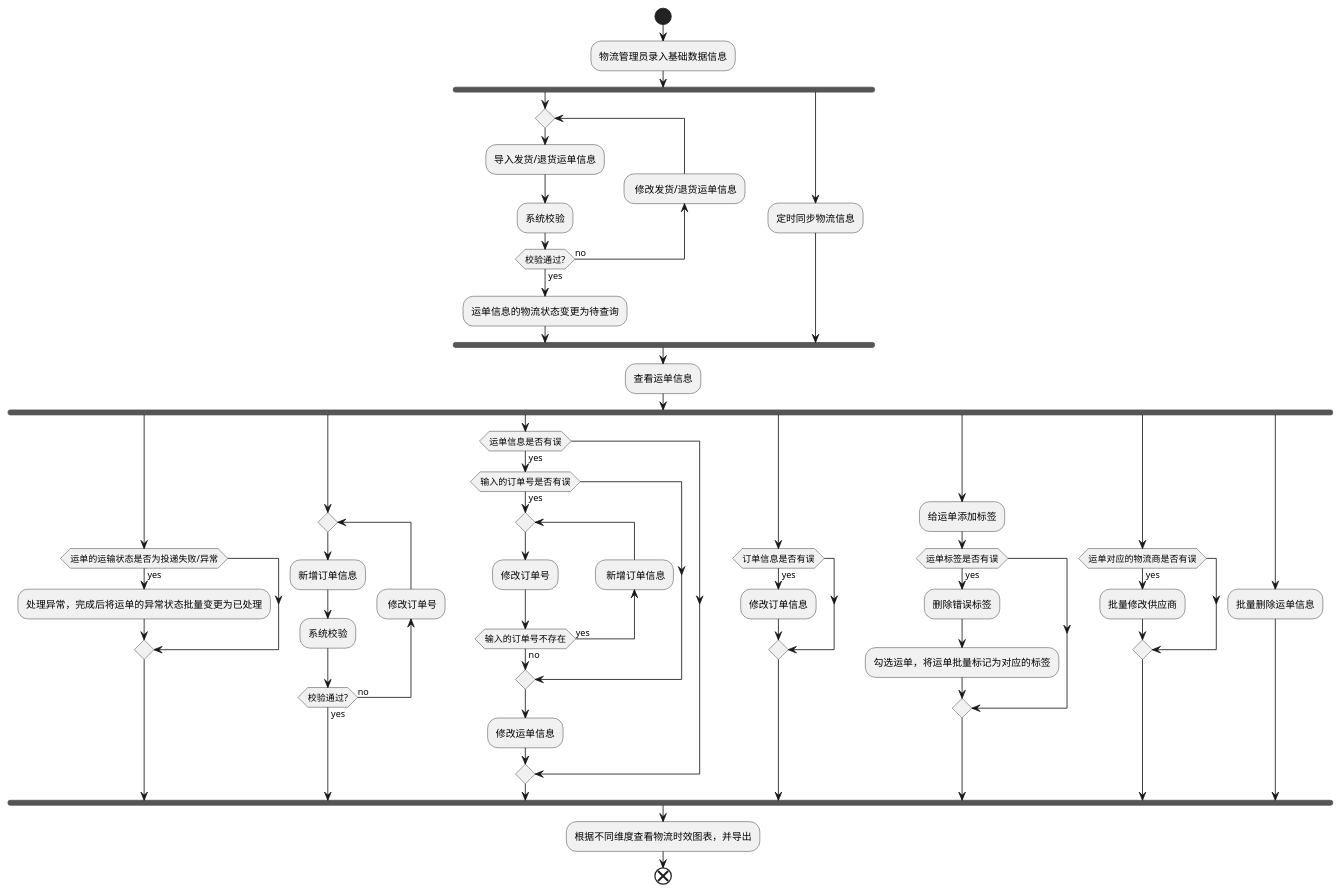
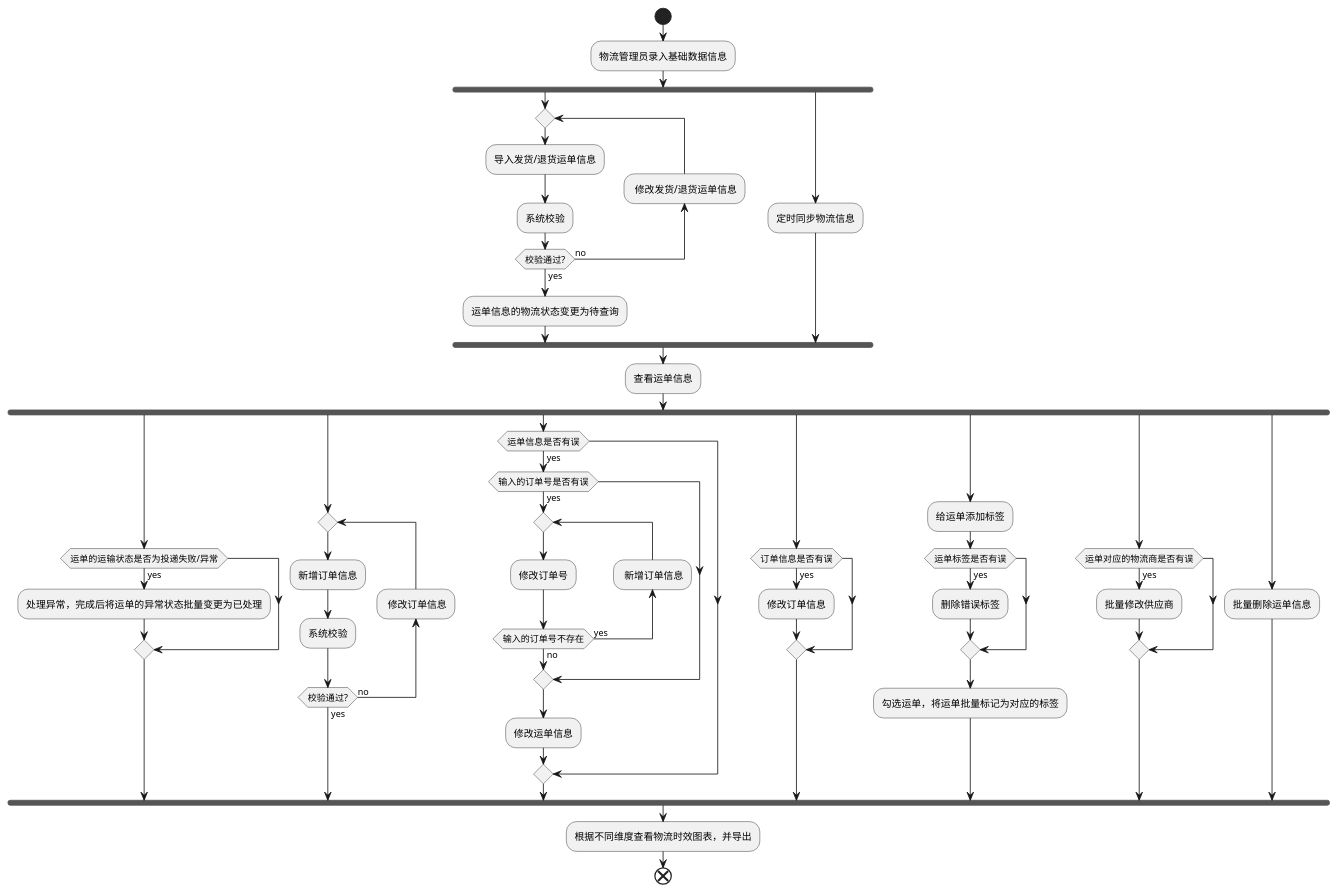
Before and after one commit to futurekidult/lis: the diagram in docs/transaction-flow-diagram.puml, drawn with PlantUML.

Commit message:
refactor: update transaction puml

```diff
--- a/docs/transaction-flow-diagram.puml
+++ b/docs/transaction-flow-diagram.puml
@@ -1,56 +1,56 @@
 @startuml
 
 start
 :物流管理员录入基础数据信息;
 fork
 repeat 
   :导入发货/退货运单信息;
   :系统校验;
 backward: 修改发货/退货运单信息;
 repeat while (校验通过?) is (no) not (yes)
 :运单信息的物流状态变更为待查询;
 fork again  
   :定时同步物流信息;
 end fork
 :查看运单信息;
 fork 
   if(运单的运输状态是否为投递失败/异常) then (yes)
     :处理异常，完成后将运单的异常状态批量变更为已处理;
   endif
 fork again
   repeat 
     :新增订单信息;
     :系统校验;
-  backward: 修改订单号;
+  backward: 修改订单信息;
   repeat while (校验通过?) is (no) not (yes)
 fork again
   if (运单信息是否有误) then (yes)
     if(输入的订单号是否有误) then (yes)
       repeat 
         :修改订单号;
       backward: 新增订单信息;
       repeat while (输入的订单号不存在) is (yes) not (no)
     endif
     :修改运单信息;
   endif
   fork again 
     if (订单信息是否有误) then (yes)
     :修改订单信息;
   endif
 fork again
   :给运单添加标签;
   if(运单标签是否有误) then (yes)
       :删除错误标签;
-      :勾选运单，将运单批量标记为对应的标签;
   endif
+  :勾选运单，将运单批量标记为对应的标签;
 fork again
   if(运单对应的物流商是否有误) then (yes)
     :批量修改供应商;
   endif
 fork again 
   :批量删除运单信息;
 end fork
 :根据不同维度查看物流时效图表，并导出;
 end
 
 @enduml
```
